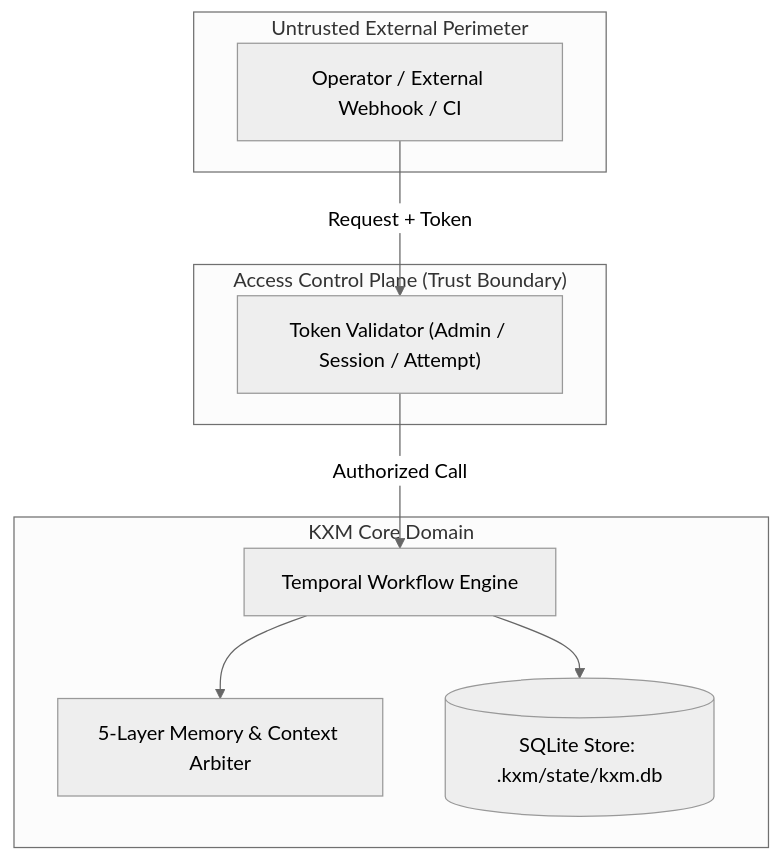
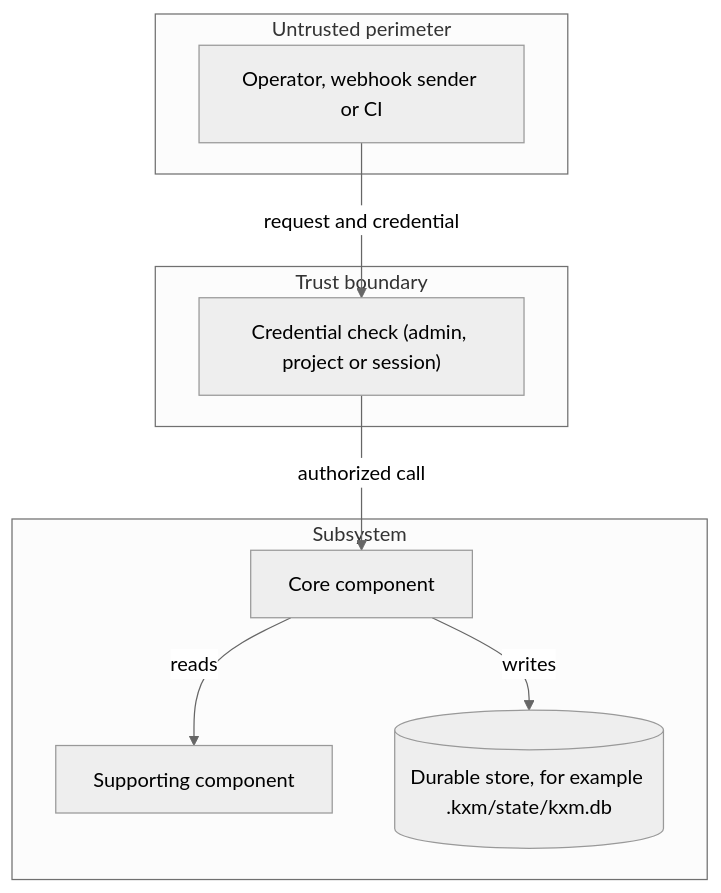
Before and after one commit to kontextmind/kxm: the diagram in docs/templates/architecture.md, drawn with Mermaid (neutral theme). The commit also changed other lines of this file and 169 other files, not shown here.

````diff
--- a/docs/templates/architecture.md
+++ b/docs/templates/architecture.md
@@ -43,22 +42,22 @@
 ```mermaid
 flowchart TB
-    subgraph External ["Untrusted External Perimeter"]
-        Caller["Operator / External Webhook / CI"]
+    subgraph External ["Untrusted perimeter"]
+        Caller["Operator, webhook sender or CI"]
     end
 
-    subgraph AuthPlane ["Access Control Plane (Trust Boundary)"]
-        TokenVal["Token Validator (Admin / Session / Attempt)"]
+    subgraph Auth ["Trust boundary"]
+        Check["Credential check (admin, project or session)"]
     end
 
-    subgraph Internal ["KXM Core Domain"]
-        Engine["Temporal Workflow Engine"]
-        Memory["5-Layer Memory & Context Arbiter"]
-        Store[("SQLite Store: .kxm/state/kxm.db")]
+    %% Replace these labels with your own components and store.
+    subgraph Internal ["Subsystem"]
+        Engine["Core component"]
+        Context["Supporting component"]
+        Store[("Durable store, for example .kxm/state/kxm.db")]
     end
 
-    Caller -->|Request + Token| TokenVal
-    TokenVal -->|Authorized Call| Engine
-    Engine --> Memory
-    Engine --> Store
-
+    Caller -->|request and credential| Check
+    Check -->|authorized call| Engine
+    Engine -->|reads| Context
+    Engine -->|writes| Store
 ```
````
